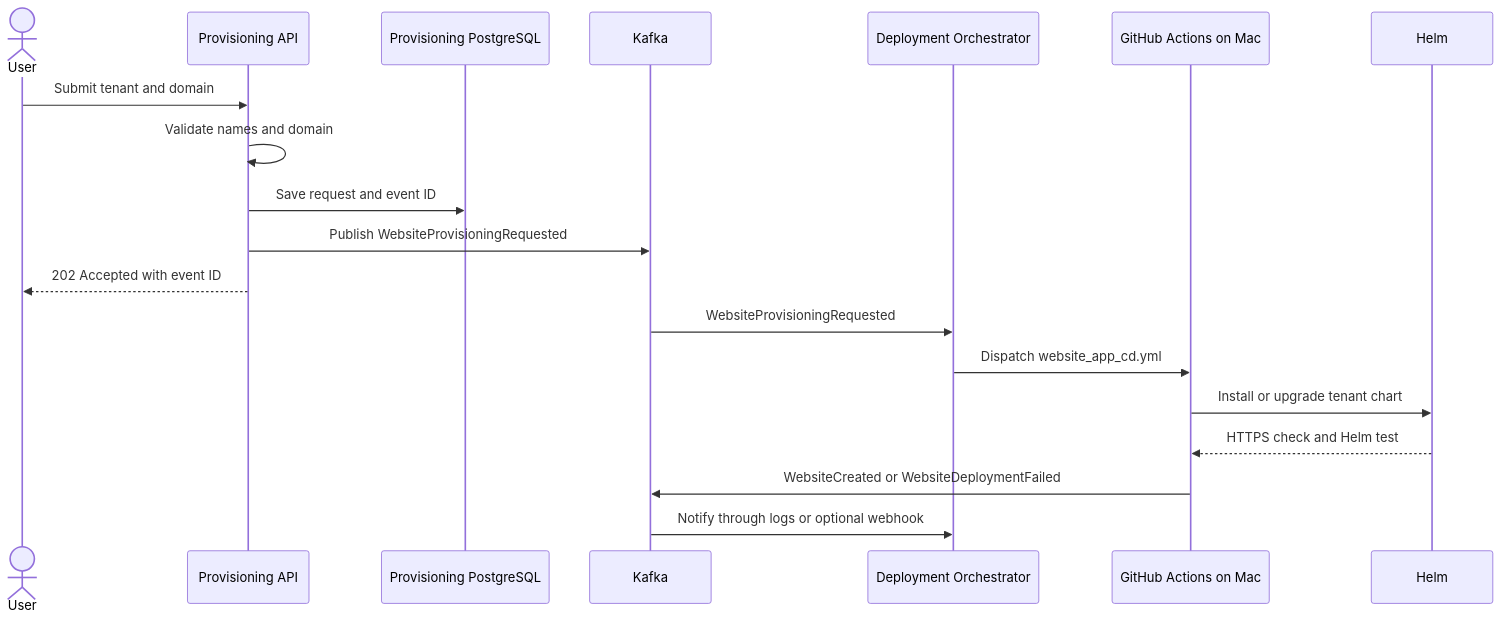
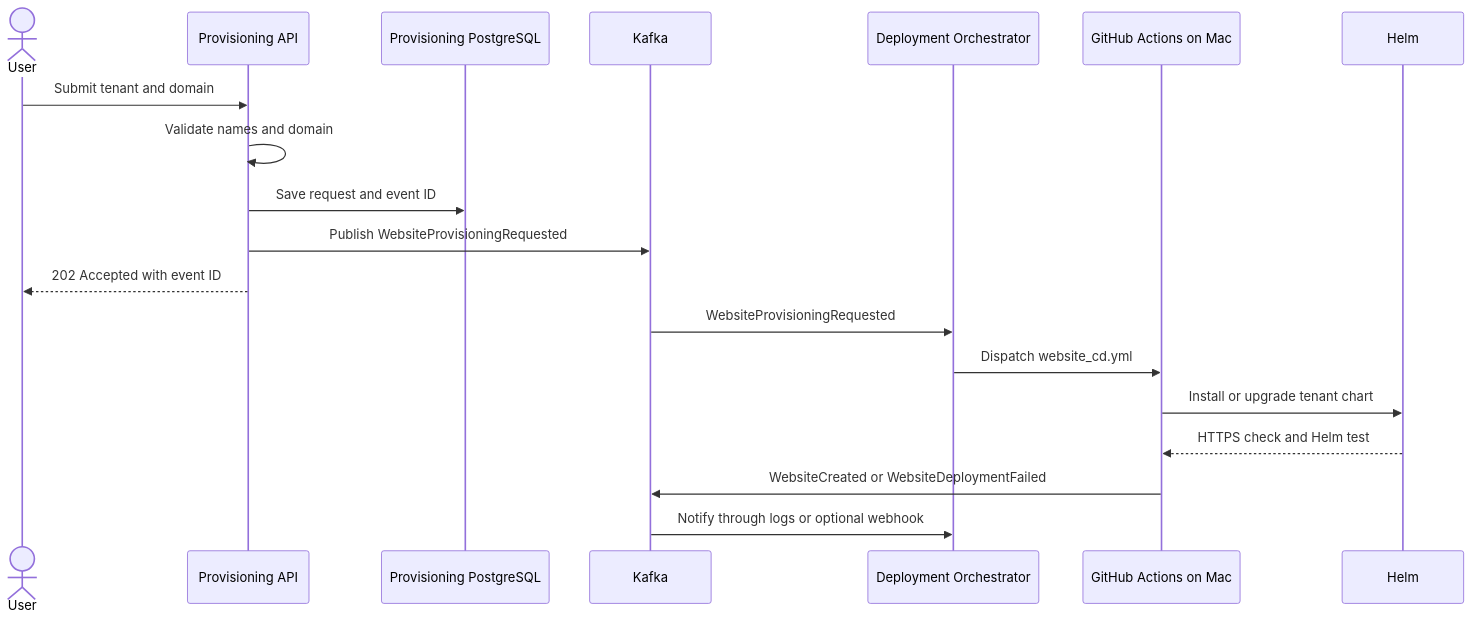
Before and after one commit to AnupamGupta86/yotta-multitenant-platform: the diagram in docs/architecture.md, drawn with Mermaid. The commit also changed other lines of this file and 167 other files, not shown here.

````diff
--- a/docs/architecture.md
+++ b/docs/architecture.md
@@ -5,22 +5,22 @@
 ```mermaid
 sequenceDiagram
     actor User
     participant API as Provisioning API
     participant DB as Provisioning PostgreSQL
     participant Kafka
     participant Orchestrator as Deployment Orchestrator
     participant Actions as GitHub Actions on Mac
     participant Helm
 
     User->>API: Submit tenant and domain
     API->>API: Validate names and domain
     API->>DB: Save request and event ID
     API->>Kafka: Publish WebsiteProvisioningRequested
     API-->>User: 202 Accepted with event ID
     Kafka->>Orchestrator: WebsiteProvisioningRequested
-    Orchestrator->>Actions: Dispatch website_app_cd.yml
+    Orchestrator->>Actions: Dispatch website_cd.yml
     Actions->>Helm: Install or upgrade tenant chart
     Helm-->>Actions: HTTPS check and Helm test
     Actions->>Kafka: WebsiteCreated or WebsiteDeploymentFailed
     Kafka->>Orchestrator: Notify through logs or optional webhook
 ```
````
